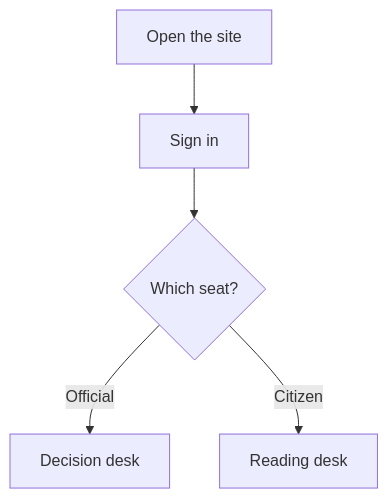
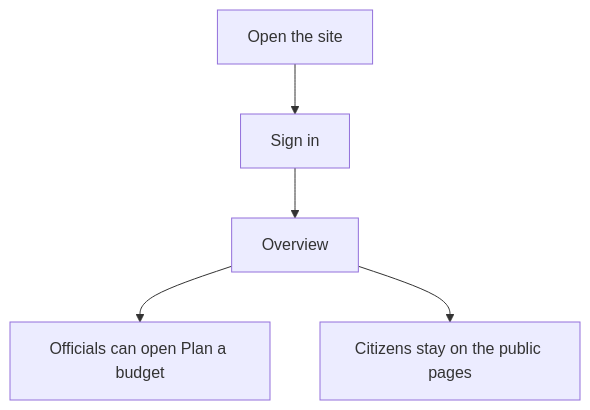
The first of 2 diagrams in HOW_IT_WORKS.md (urex014/Nation-OS), drawn with Mermaid before and after one commit. The commit also changed other lines of this file and 30 other files, not shown here.

````diff
--- a/HOW_IT_WORKS.md
+++ b/HOW_IT_WORKS.md
@@ -31,7 +31,7 @@
 ```mermaid
 flowchart TD
   home["Open the site"] --> sign["Sign in"]
-  sign --> desk{"Which seat?"}
-  desk -->|Official| gov["Decision desk"]
-  desk -->|Citizen| cit["Reading desk"]
+  sign --> overview["Overview"]
+  overview --> gov["Officials can open Plan a budget"]
+  overview --> cit["Citizens stay on the public pages"]
 ```
````
